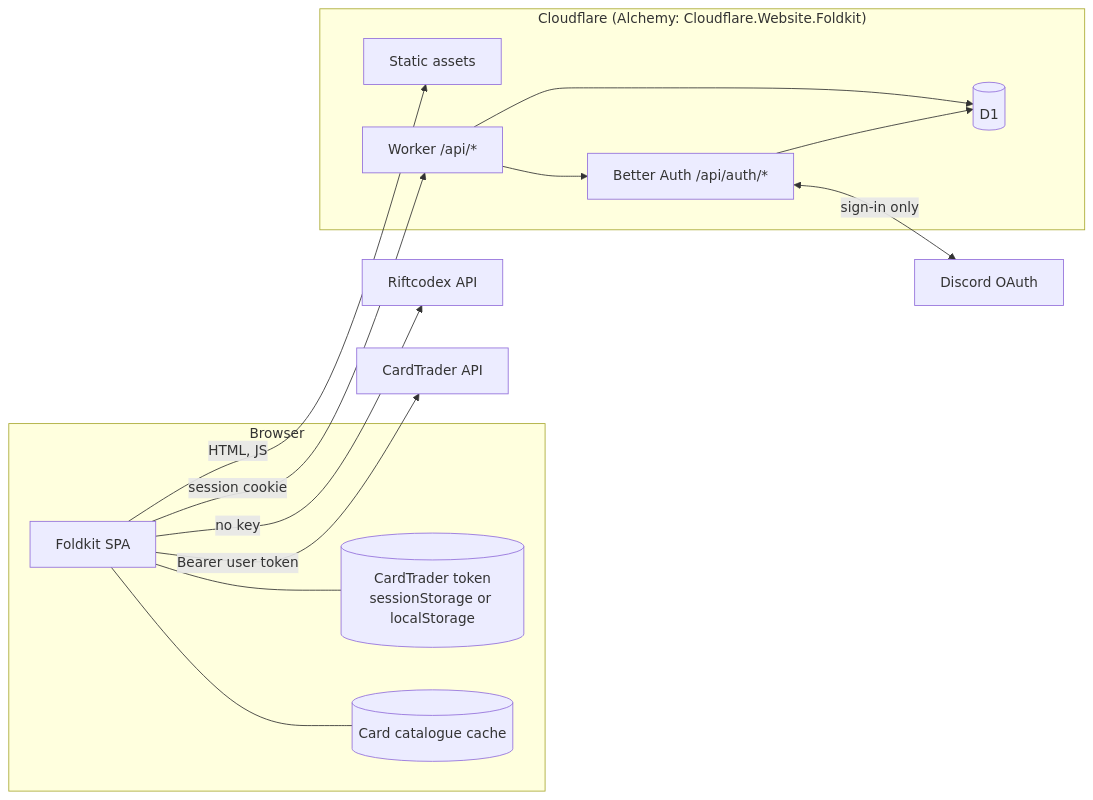
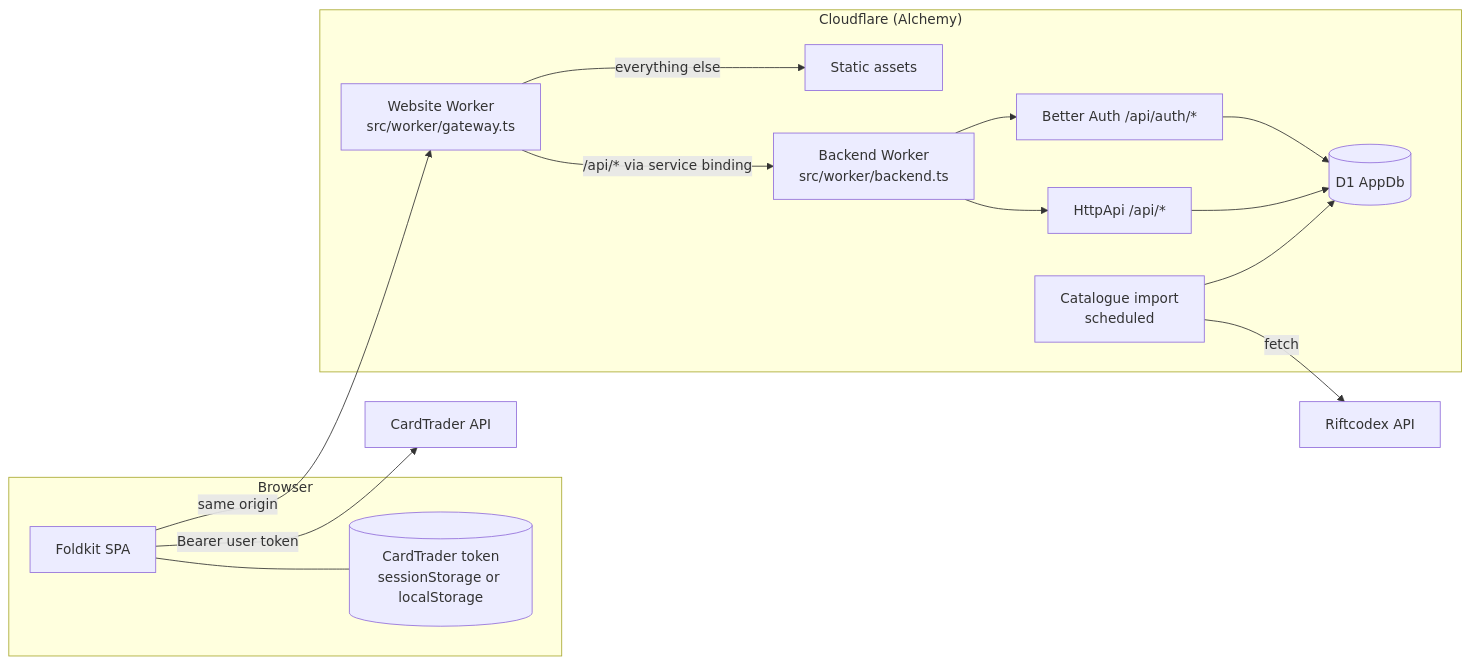
One commit to NichAnti/runebinder changed the diagram in docs/02-system-design.md. Above: the diagram before and after it, drawn with Mermaid. The commit also changed other lines of this file and 3 other files, not shown here.

````diff
--- a/docs/02-system-design.md
+++ b/docs/02-system-design.md
@@ -3,30 +3,32 @@
 ```mermaid
 flowchart LR
   subgraph Browser
     SPA[Foldkit SPA]
-    Token[(CardTrader token\nsessionStorage or localStorage)]
-    Catalogue[(Card catalogue cache)]
+    Token[(CardTrader token<br>sessionStorage or localStorage)]
   end
 
-  subgraph Cloudflare["Cloudflare (Alchemy: Cloudflare.Website.Foldkit)"]
+  subgraph Cloudflare["Cloudflare (Alchemy)"]
+    Gateway[Website Worker<br>src/worker/gateway.ts]
     Assets[Static assets]
-    Worker[Worker /api/*]
+    Backend[Backend Worker<br>src/worker/backend.ts]
     Auth[Better Auth /api/auth/*]
-    DB[(D1)]
+    Api[HttpApi /api/*]
+    Import[Catalogue import<br>scheduled]
+    DB[(D1 AppDb)]
   end
 
-  Discord[Discord OAuth]
   Riftcodex[Riftcodex API]
   CardTrader[CardTrader API]
 
-  SPA -->|HTML, JS| Assets
-  SPA -->|session cookie| Worker
-  Worker --> Auth
-  Worker --> DB
+  SPA -->|same origin| Gateway
+  Gateway -->|everything else| Assets
+  Gateway -->|/api/* via service binding| Backend
+  Backend --> Auth
+  Backend --> Api
   Auth --> DB
-  Auth <-->|sign-in only| Discord
-  SPA -->|no key| Riftcodex
-  SPA --- Catalogue
+  Api --> DB
+  Import -->|fetch| Riftcodex
+  Import --> DB
   SPA -->|Bearer user token| CardTrader
   SPA --- Token
 ```
````
